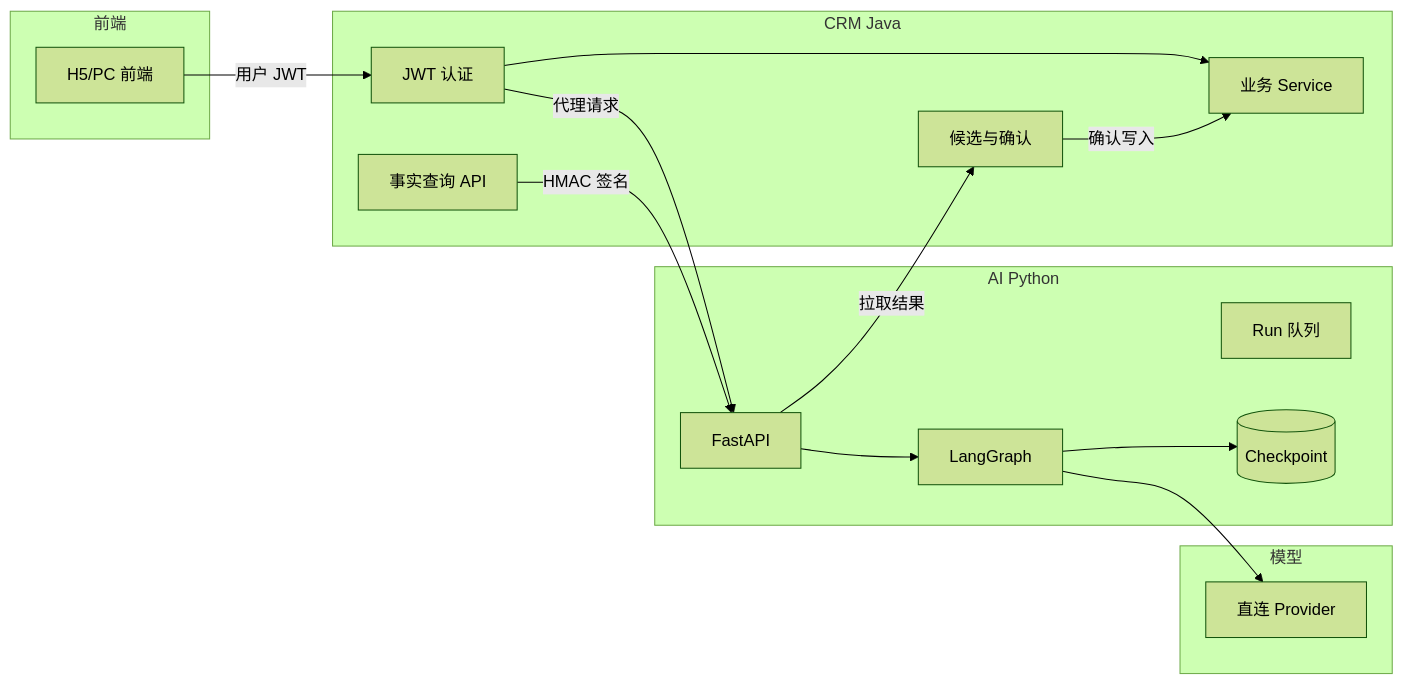
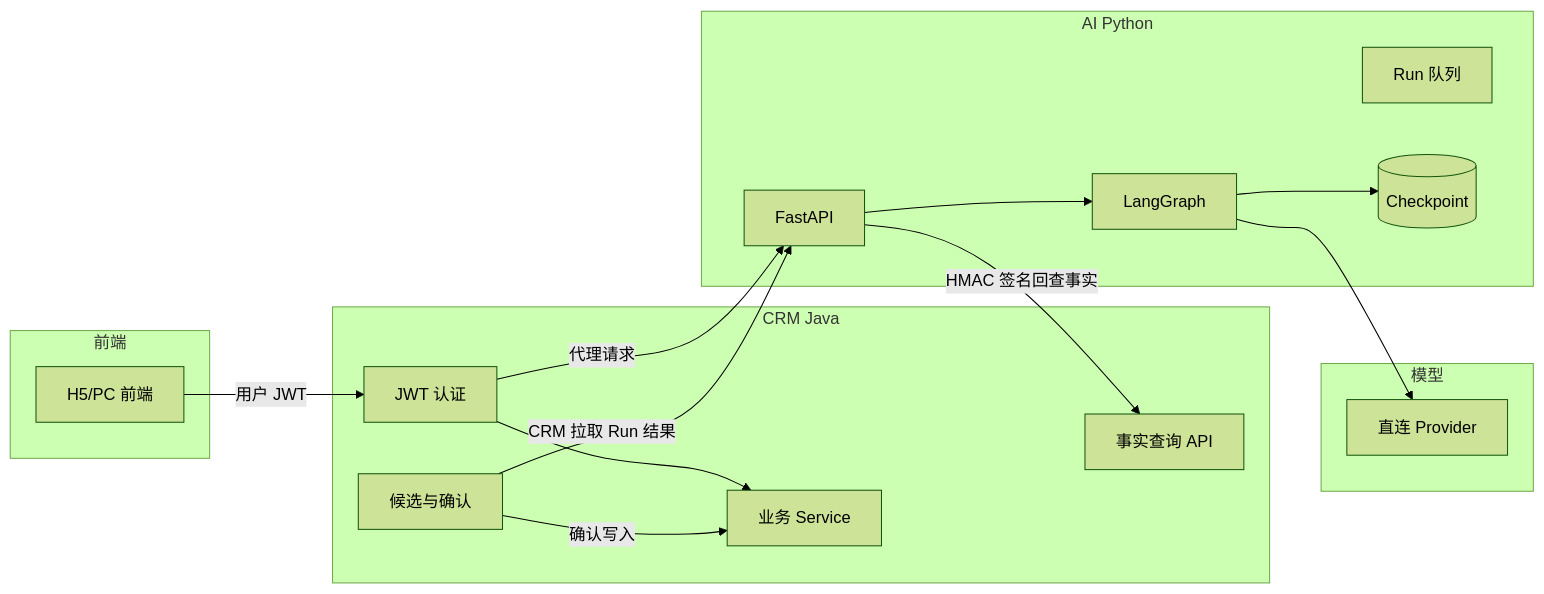
One commit to redgreat/sales-crm-ai changed the third of 7 diagrams in docs/AI接入需求文档.md. Above: the diagram before and after it, drawn with Mermaid (forest theme). The commit also changed other lines of this file and 23 other files, not shown here.

````diff
--- a/docs/AI接入需求文档.md
+++ b/docs/AI接入需求文档.md
@@ -137,31 +137,31 @@
 ```mermaid
 flowchart LR
     subgraph 前端
         H5[H5/PC 前端]
     end
     subgraph CRM Java
         AUTH[JWT 认证]
         BIZ[业务 Service]
         CAND[候选与确认]
         FACT[事实查询 API]
     end
     subgraph AI Python
         API[FastAPI]
         GRAPH[LangGraph]
         RUN[Run 队列]
         CHECK[(Checkpoint)]
     end
     subgraph 模型
         LLM[直连 Provider]
     end
 
     H5 -->|用户 JWT| AUTH
     AUTH --> BIZ
     AUTH -->|代理请求| API
     API --> GRAPH
     GRAPH --> LLM
     GRAPH --> CHECK
-    API -->|拉取结果| CAND
+    CAND -->|CRM 拉取 Run 结果| API
     CAND -->|确认写入| BIZ
-    FACT -->|HMAC 签名| API
+    API -->|HMAC 签名回查事实| FACT
 ```
````
